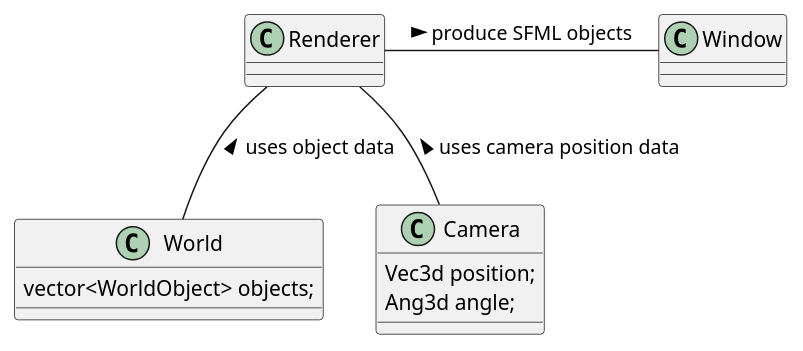
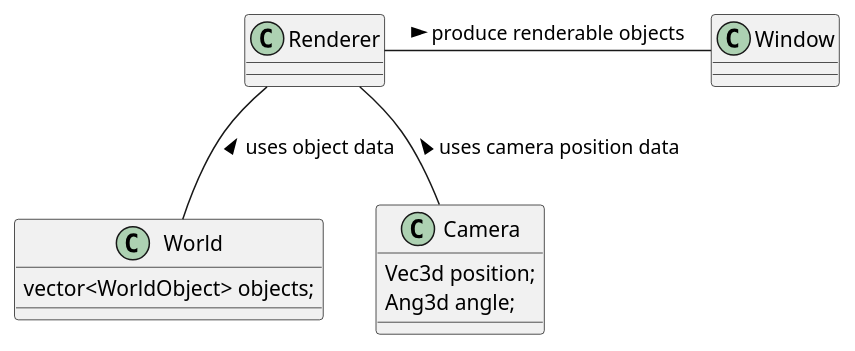
One commit to EzraH442/3d-space changed the second of 3 diagrams in plan.md. Above: the diagram before and after it, drawn with PlantUML. The commit also changed other lines of this file and 12 other files, not shown here.

```diff
--- a/plan.md
+++ b/plan.md
@@ -45,15 +45,15 @@
 @startuml
 class World {
   vector<WorldObject> objects;
 }
 
 class Camera {
   Vec3d position;
   Ang3d angle;
 }
 
 Renderer -- World: < uses object data 
 Renderer -- Camera: < uses camera position data
-Renderer - Window : > produce SFML objects
+Renderer - Window : > produce renderable objects
 
 @enduml
```
